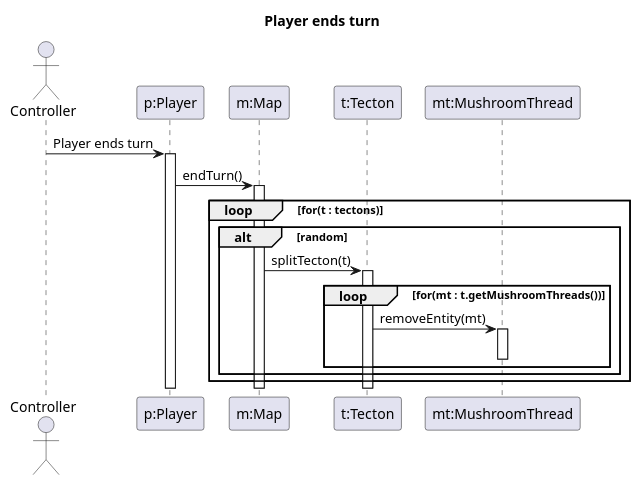
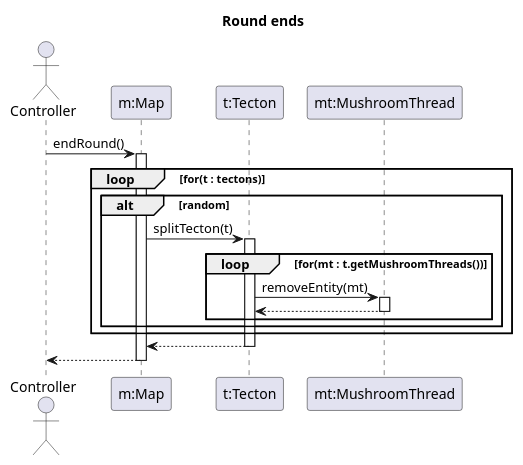
The diagram in 3/sequence/endTurn.puml (Petya-G/fungorium), drawn with PlantUML before and after one commit. The commit also changed 1 other file, not shown here.

Commit message:
# end round diagram

```diff
--- a/3/sequence/endTurn.puml
+++ b/3/sequence/endTurn.puml
@@ -1,34 +1,32 @@
 @startuml endTurn
-title Player ends turn
+title Round ends
 
 actor Controller
-participant "p:Player" as P
 participant "m:Map" as M
 participant "t:Tecton" as T
 participant "mt:MushroomThread" as MT
 
-Controller -> P: Player ends turn
-
-activate P
-P -> M: endTurn()
+Controller -> M: endRound()
 
 activate M
 loop for(t : tectons)
     alt random
 
         M -> T: splitTecton(t)
 
         activate T
         loop for(mt : t.getMushroomThreads())
             T -> MT: removeEntity(mt)
             activate MT
 
+            T <-- MT
             deactivate MT
         end
     end
 end
+M <-- T
 deactivate T
 
+Controller <-- M
 deactivate M
-deactivate P
 @enduml
```
